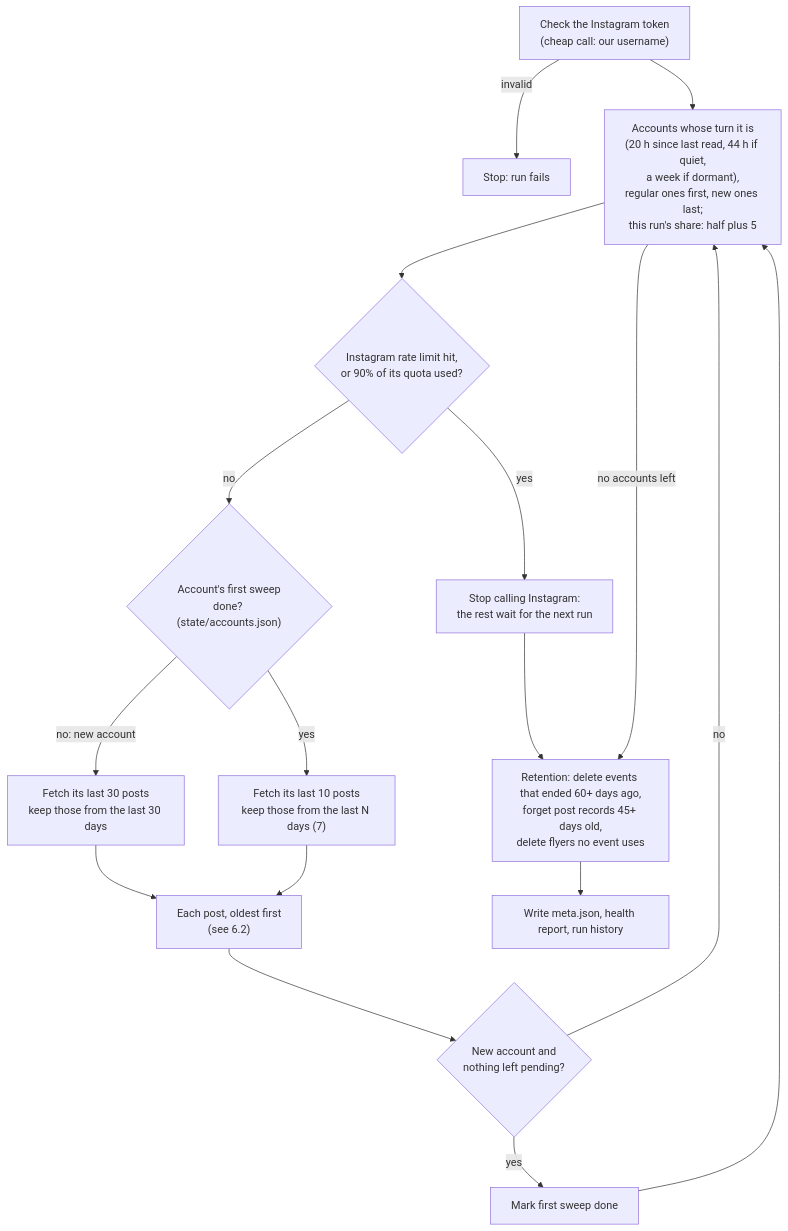
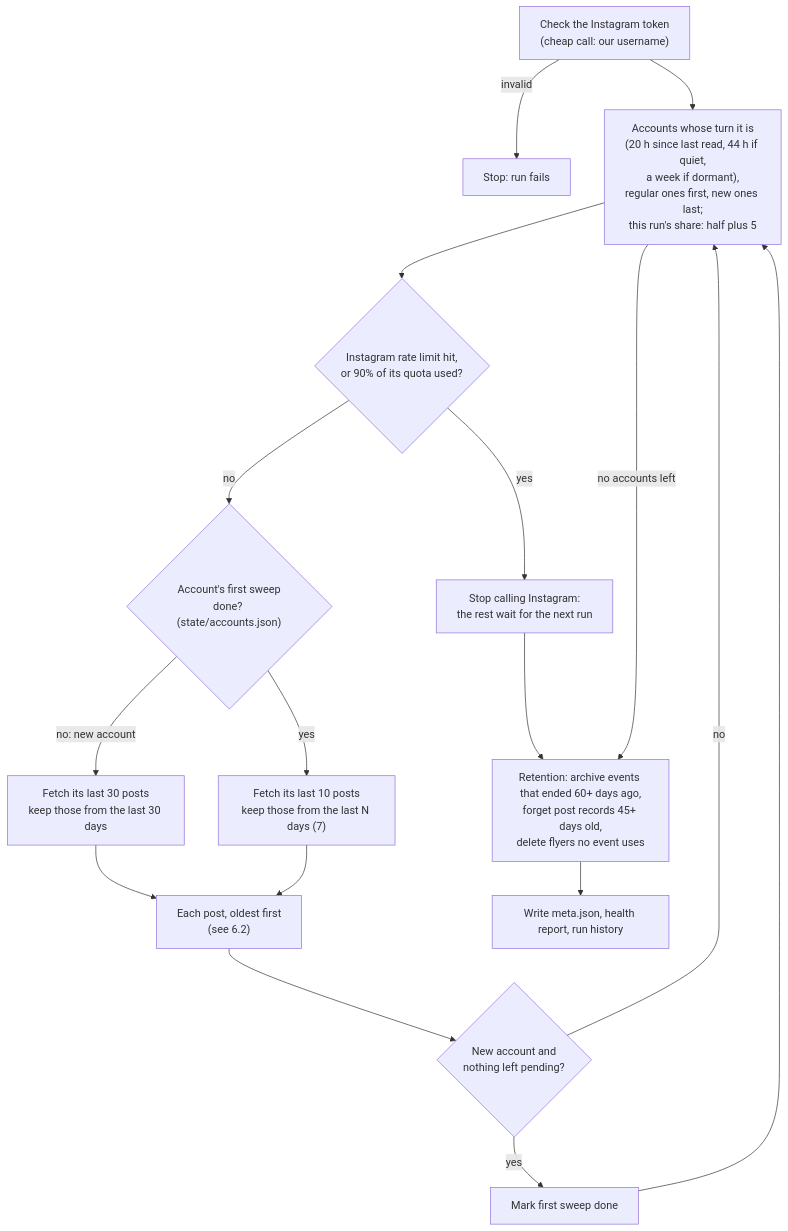
Before and after one commit to pa-bailar/backend: the third of 12 diagrams in docs/ARCHITECTURE.md, drawn with Mermaid. The commit also changed other lines of this file and 9 other files, not shown here.

````diff
--- a/docs/ARCHITECTURE.md
+++ b/docs/ARCHITECTURE.md
@@ -427,19 +430,19 @@
 ```mermaid
 flowchart TD
     A["Check the Instagram token<br/>(cheap call: our username)"] -->|invalid| X["Stop: run fails"]
     A --> B["Accounts whose turn it is<br/>(20 h since last read, 44 h if quiet,<br/>a week if dormant),<br/>regular ones first, new ones last;<br/>this run's share: half plus 5"]
     B --> C{"Instagram rate limit hit,<br/>or 90% of its quota used?"}
     C -->|yes| R["Stop calling Instagram:<br/>the rest wait for the next run"]
     C -->|no| D{"Account's first sweep<br/>done? (state/accounts.json)"}
     D -->|no: new account| E["Fetch its last 30 posts<br/>keep those from the last 30 days"]
     D -->|yes| F["Fetch its last 10 posts<br/>keep those from the last N days (7)"]
     E --> P["Each post, oldest first<br/>(see 6.2)"]
     F --> P
     P --> G{"New account and<br/>nothing left pending?"}
     G -->|yes| H["Mark first sweep done"]
     G -->|no| B
     H --> B
     R --> Z
-    B -->|no accounts left| Z["Retention: delete events that ended 60+ days ago,<br/>forget post records 45+ days old,<br/>delete flyers no event uses"]
+    B -->|no accounts left| Z["Retention: archive events that ended 60+ days ago,<br/>forget post records 45+ days old,<br/>delete flyers no event uses"]
     Z --> M["Write meta.json, health report, run history"]
 ```
````
